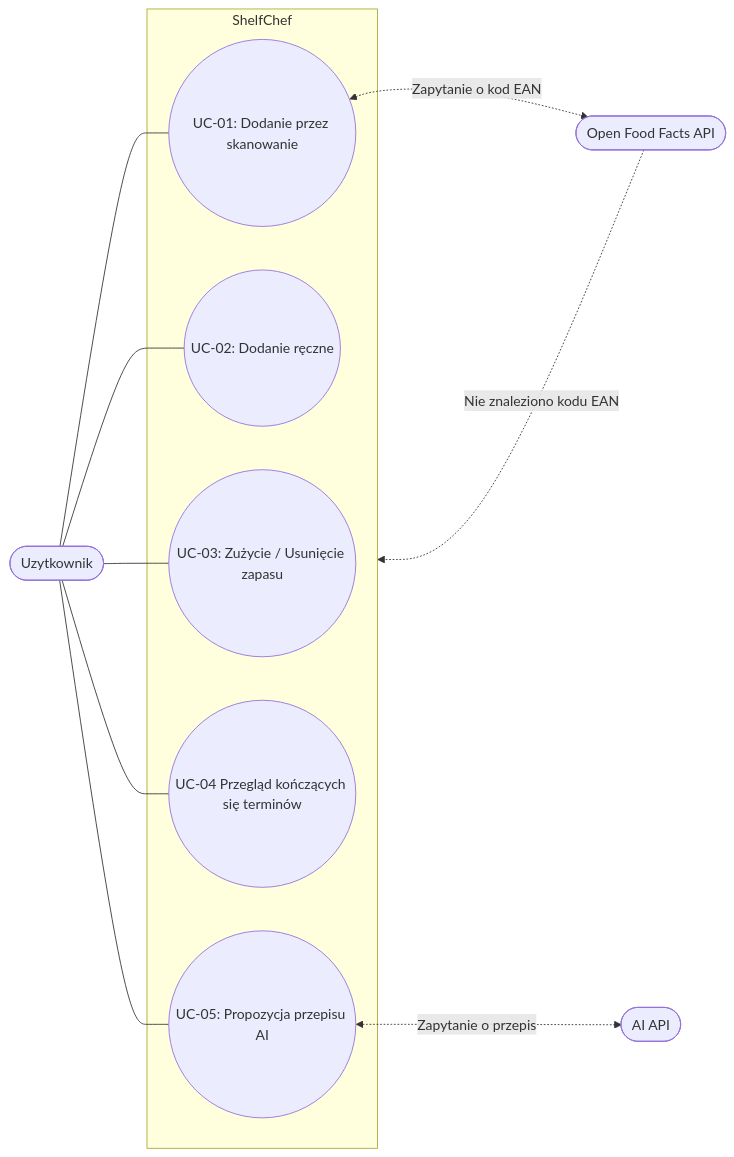
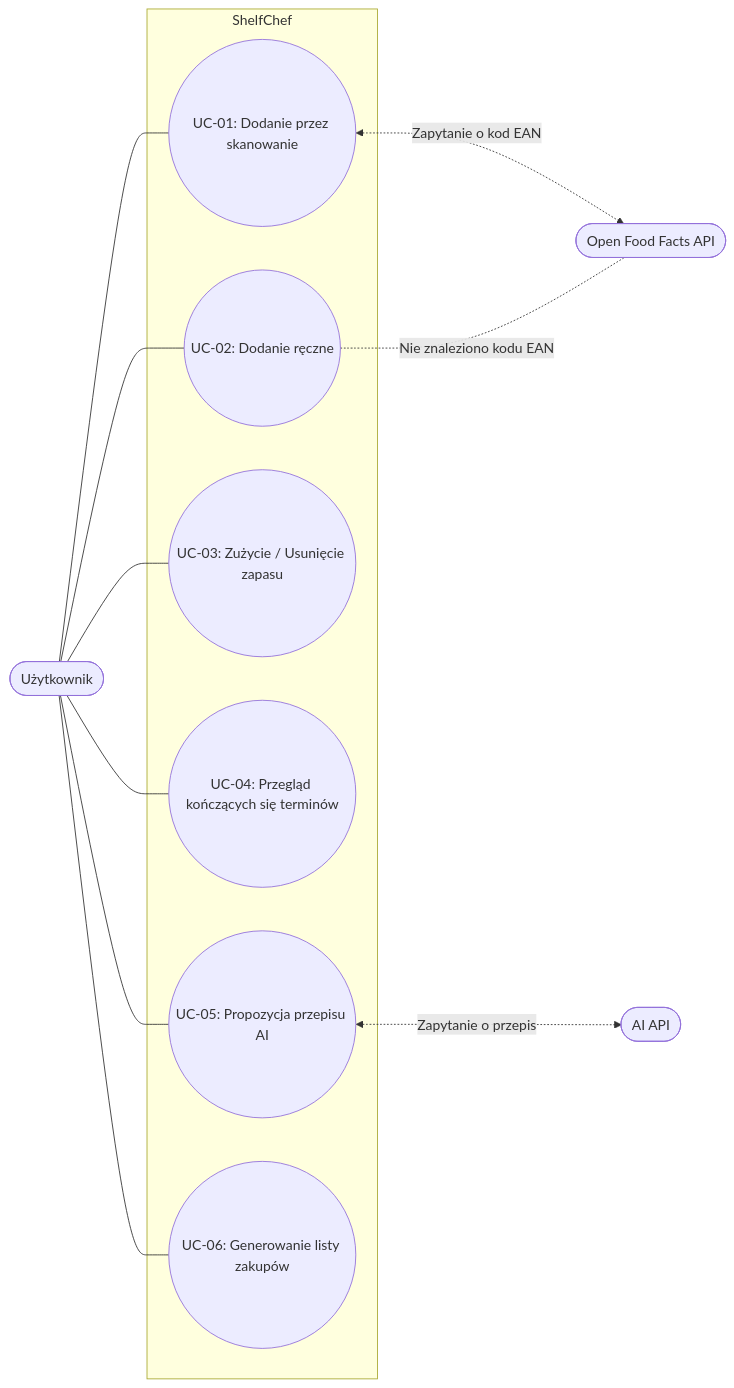
The diagram in docs/zadanie3/diagram.md (nazwa-zespolu/ShelfChef), drawn with Mermaid before and after one commit. The commit also changed 1 other file, not shown here.

Commit message:
docs(zadanie3): update use cases and uml diagram

````diff
--- a/docs/zadanie3/diagram.md
+++ b/docs/zadanie3/diagram.md
@@ -1,26 +1,28 @@
 ```mermaid
 flowchart LR
-    User([Uzytkownik])
+    User([Użytkownik])
     OFF_API([Open Food Facts API])
     AI_API([AI API])
 
     subgraph ShelfChef
         UC1((UC-01: Dodanie przez skanowanie))
         UC2((UC-02: Dodanie ręczne))
         UC3((UC-03: Zużycie / Usunięcie zapasu))
-        UC4((UC-04 Przegląd kończących się terminów))
+        UC4((UC-04: Przegląd kończących się terminów))
         UC5((UC-05: Propozycja przepisu AI))
+        UC6((UC-06: Generowanie listy zakupów))
     end
 
     User --- UC1
     User --- UC2
     User --- UC3
     User --- UC4
     User --- UC5
+    User --- UC6
 
     UC1 <-.-> |Zapytanie o kod EAN| OFF_API
-    OFF_API -.-> |Nie znaleziono kodu EAN| ShelfChef
+    UC2 <-.- |Nie znaleziono kodu EAN| OFF_API
     UC5 <-.-> |Zapytanie o przepis| AI_API
  
 
 ```
````
